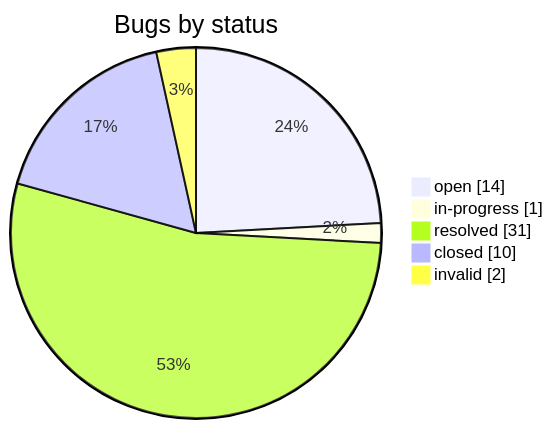
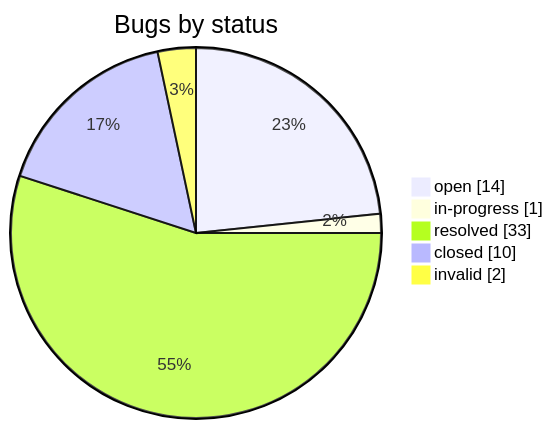
One commit to iammaxsu/automatic-testing-architecture changed the second of 2 diagrams in STATUS.md. Above: the diagram before and after it, drawn with Mermaid. The commit also changed other lines of this file and 6 other files, not shown here.

````diff
--- a/STATUS.md
+++ b/STATUS.md
@@ -165,8 +165,8 @@
 ```mermaid
 pie showData title Bugs by status
     "open" : 14
     "in-progress" : 1
-    "resolved" : 31
+    "resolved" : 33
     "closed" : 10
     "invalid" : 2
 ```
````
